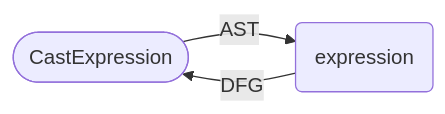
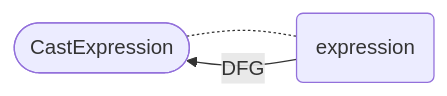
Before and after one commit to Fraunhofer-AISEC/cpg: the third of 19 diagrams in cpg-core/specifications/dfg.md, drawn with Mermaid. The commit also changed other lines of this file, not shown here.

````diff
--- a/cpg-core/specifications/dfg.md
+++ b/cpg-core/specifications/dfg.md
@@ -44,5 +44,5 @@
 ```mermaid
   flowchart LR
-    node([CastExpression]) -- AST --> expression(expression);
+    node([CastExpression]) -.- expression(expression);
     expression -- DFG --> node;
   ```
````
